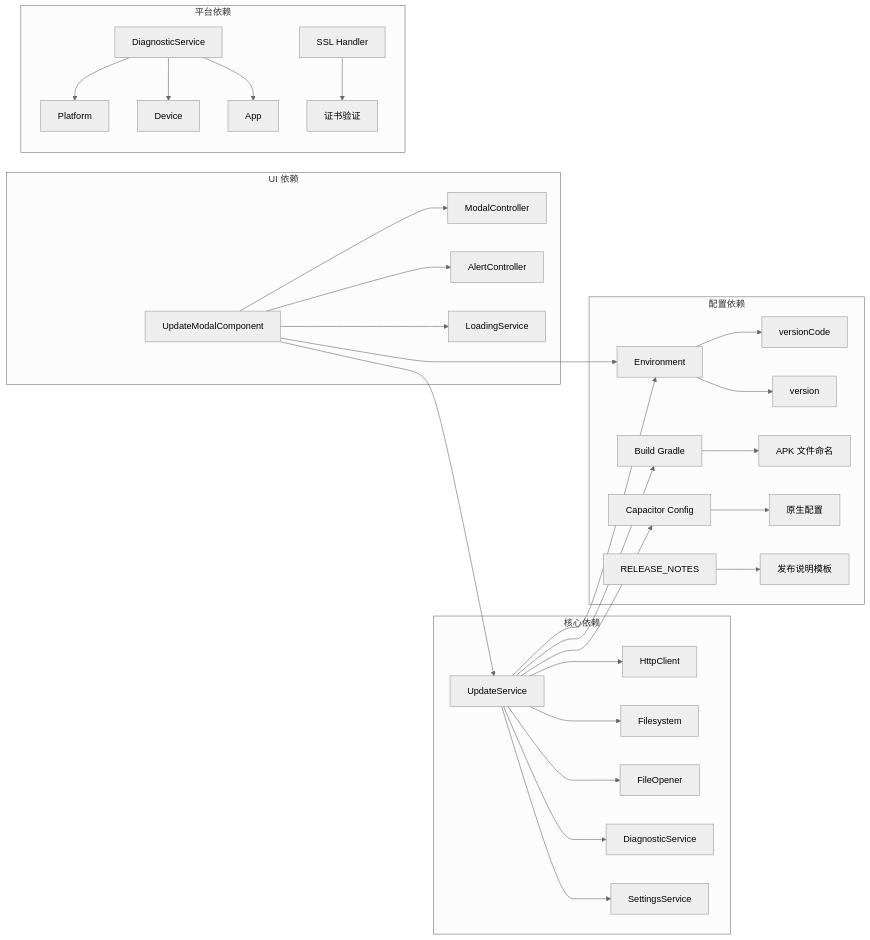
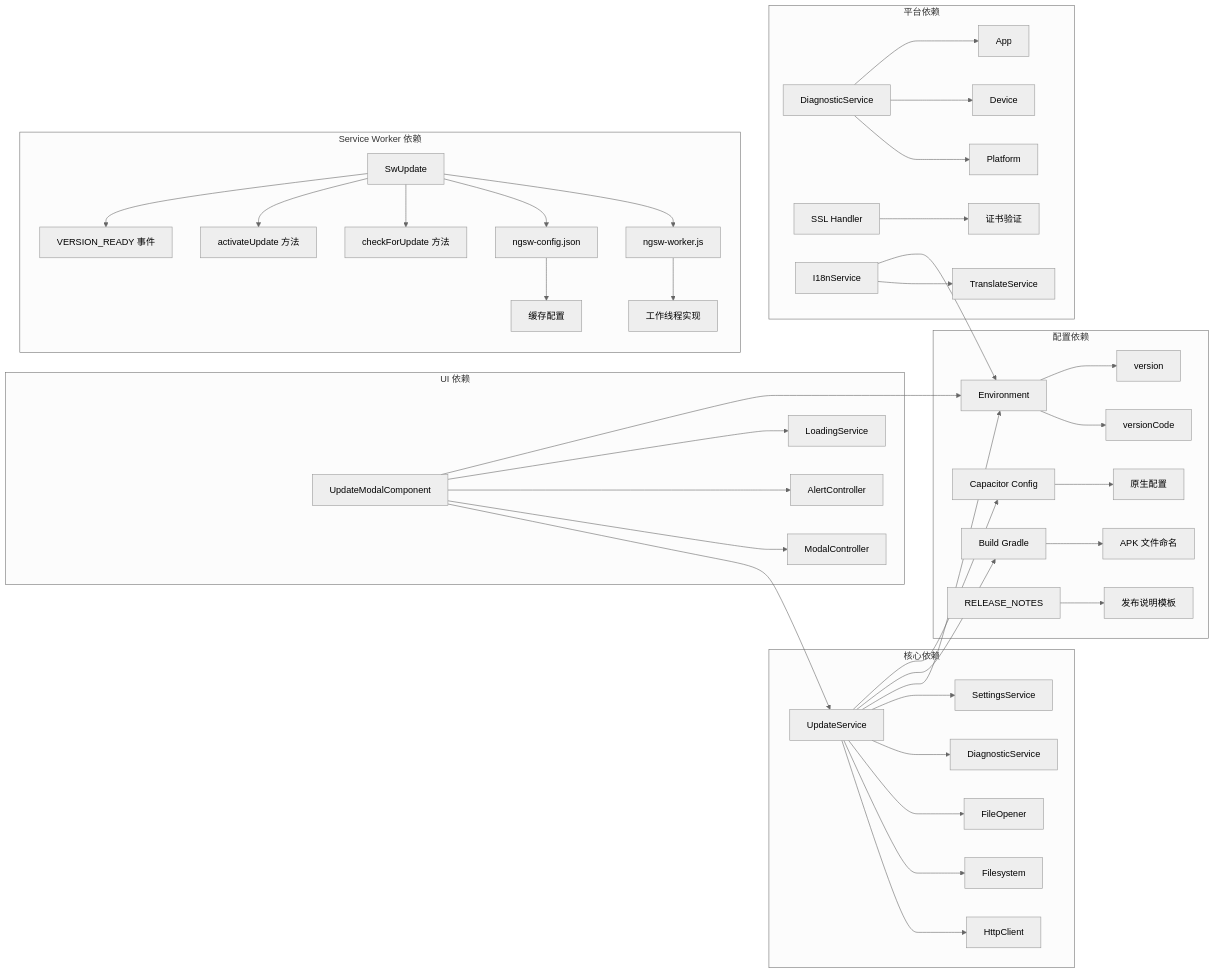
One commit to tea4go/Macro-Deck-Client-App changed diagram 12 of 12 in .qoder/repowiki/zh/content/核心功能模块/应用程序更新系统.md. Above: the diagram before and after it, drawn with Mermaid (neutral theme). The commit also changed other lines of this file and 20 other files, not shown here.

````diff
--- a/.qoder/repowiki/zh/content/核心功能模块/应用程序更新系统.md
+++ b/.qoder/repowiki/zh/content/核心功能模块/应用程序更新系统.md
@@ -490,33 +646,44 @@
 ```mermaid
 graph LR
 subgraph "核心依赖"
 A[UpdateService] --> B[HttpClient]
 A --> C[Filesystem]
 A --> D[FileOpener]
 A --> E[DiagnosticService]
 A --> F[SettingsService]
 end
 subgraph "UI 依赖"
 G[UpdateModalComponent] --> A
 G --> H[ModalController]
 G --> I[AlertController]
 G --> J[LoadingService]
 end
 subgraph "平台依赖"
 K[DiagnosticService] --> L[Platform]
 K --> M[Device]
 K --> N[App]
 O[SSL Handler] --> P[证书验证]
+Q[I18nService] --> R[TranslateService]
+end
+subgraph "Service Worker 依赖"
+S[SwUpdate] --> T[VERSION_READY 事件]
+S --> U[activateUpdate 方法]
+S --> V[checkForUpdate 方法]
+W[ngsw-config.json] --> X[缓存配置]
+Y[ngsw-worker.js] --> Z[工作线程实现]
 end
 subgraph "配置依赖"
-Q[Environment] --> R[versionCode]
-Q --> S[version]
-T[Build Gradle] --> U[APK 文件命名]
-V[Capacitor Config] --> W[原生配置]
-X[RELEASE_NOTES] --> Y[发布说明模板]
+AA[Environment] --> BB[versionCode]
+AA --> CC[version]
+DD[Build Gradle] --> EE[APK 文件命名]
+FF[Capacitor Config] --> GG[原生配置]
+HH[RELEASE_NOTES] --> II[发布说明模板]
 end
-A --> Q
-A --> T
-A --> V
-G --> Q
+A --> AA
+A --> DD
+A --> FF
+G --> AA
+S --> W
+S --> Y
+Q --> AA
 ```
````
